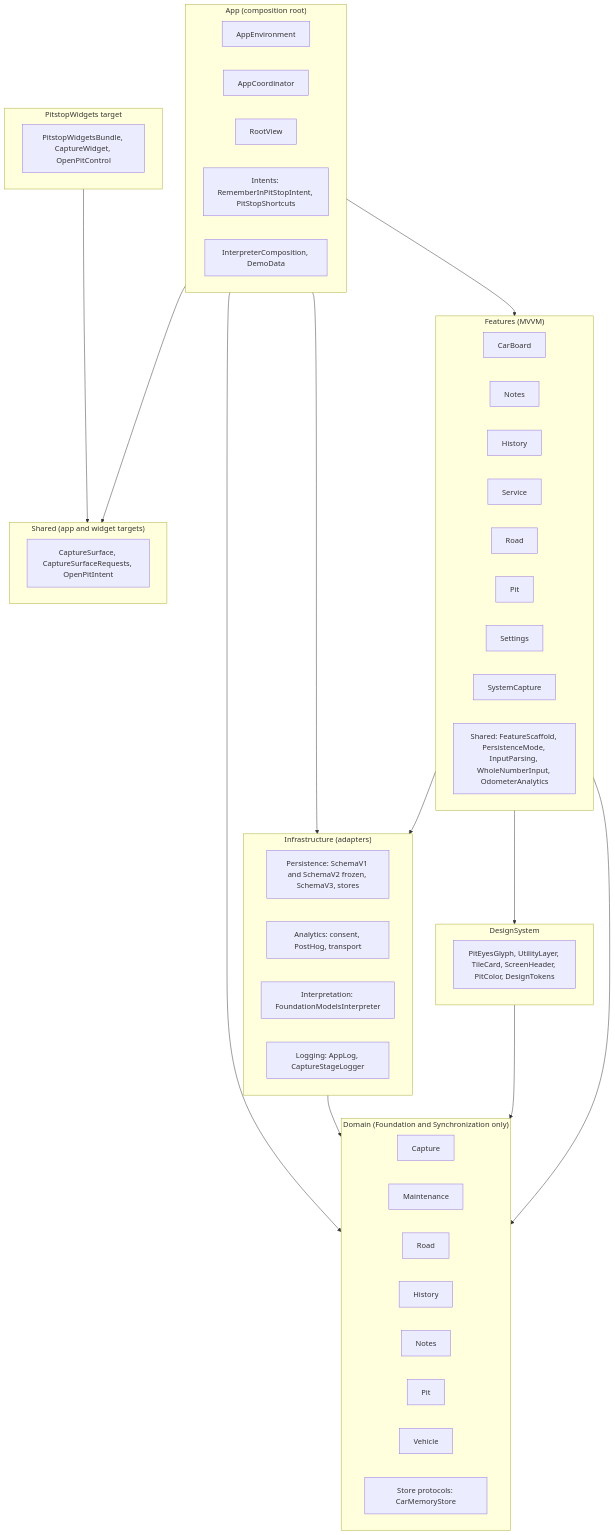
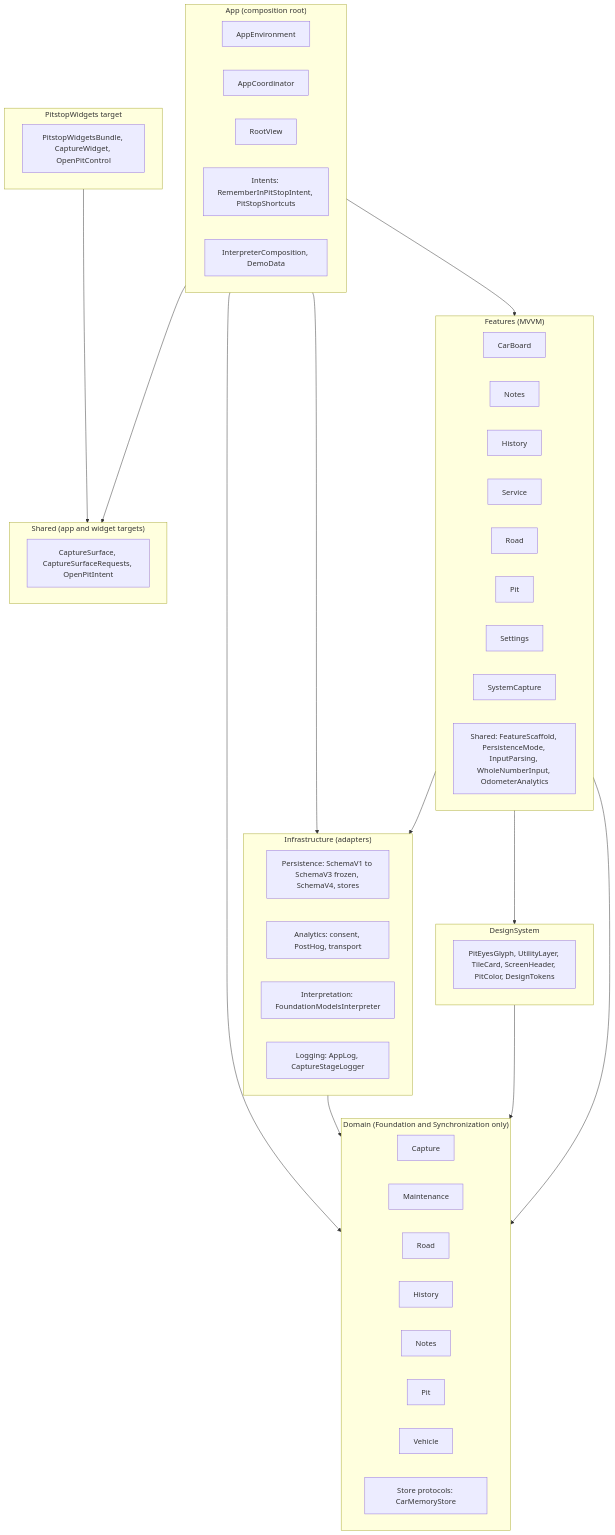
Before and after one commit to vil4max/pitstop-ios: the second of 9 diagrams in docs/engineering/system-overview.md, drawn with Mermaid. The commit also changed other lines of this file and 56 other files, not shown here.

````diff
--- a/docs/engineering/system-overview.md
+++ b/docs/engineering/system-overview.md
@@ -103,63 +103,63 @@
 ```mermaid
 flowchart TB
     subgraph appL["App (composition root)"]
         env["AppEnvironment"]
         coord["AppCoordinator"]
         root["RootView"]
         appIntents["Intents: RememberInPitStopIntent, PitStopShortcuts"]
         comp["InterpreterComposition, DemoData"]
     end
 
     subgraph featL["Features (MVVM)"]
         fCar["CarBoard"]
         fNotes["Notes"]
         fHist["History"]
         fServ["Service"]
         fRoad["Road"]
         fPit["Pit"]
         fSet["Settings"]
         fSys["SystemCapture"]
         fShared["Shared: FeatureScaffold, PersistenceMode, InputParsing, WholeNumberInput, OdometerAnalytics"]
     end
 
     subgraph ds["DesignSystem"]
         dsC["PitEyesGlyph, UtilityLayer, TileCard, ScreenHeader, PitColor, DesignTokens"]
     end
 
     subgraph domL["Domain (Foundation and Synchronization only)"]
         dCap["Capture"]
         dMnt["Maintenance"]
         dRoad["Road"]
         dHist["History"]
         dNotes["Notes"]
         dPit["Pit"]
         dVeh["Vehicle"]
         dStore["Store protocols: CarMemoryStore"]
     end
 
     subgraph infL["Infrastructure (adapters)"]
-        iPers["Persistence: SchemaV1 and SchemaV2 frozen, SchemaV3, stores"]
+        iPers["Persistence: SchemaV1 to SchemaV3 frozen, SchemaV4, stores"]
         iAna["Analytics: consent, PostHog, transport"]
         iInt["Interpretation: FoundationModelsInterpreter"]
         iLog["Logging: AppLog, CaptureStageLogger"]
     end
 
     subgraph sharedL["Shared (app and widget targets)"]
         sh["CaptureSurface, CaptureSurfaceRequests, OpenPitIntent"]
     end
 
     subgraph wid["PitstopWidgets target"]
         w["PitstopWidgetsBundle, CaptureWidget, OpenPitControl"]
     end
 
     appL --> featL
     appL --> infL
     appL --> domL
     appL --> sharedL
     featL --> domL
     featL --> ds
     featL --> infL
     ds --> domL
     infL --> domL
     wid --> sharedL
 ```
````
